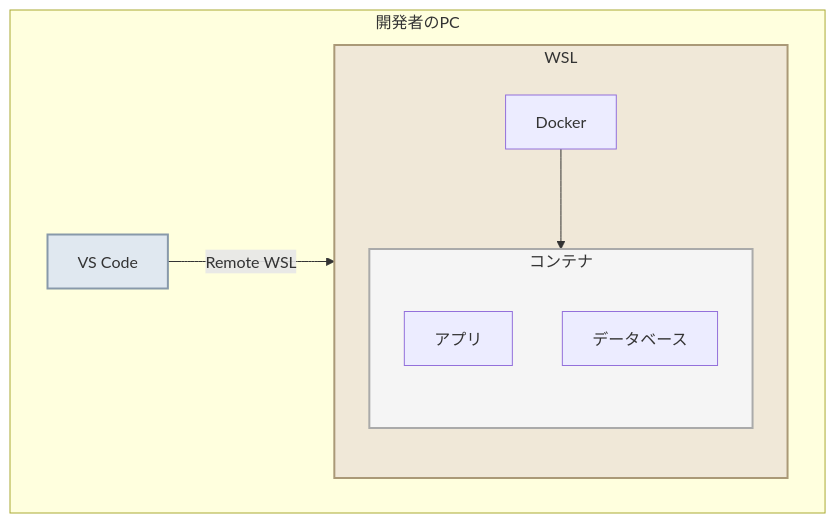
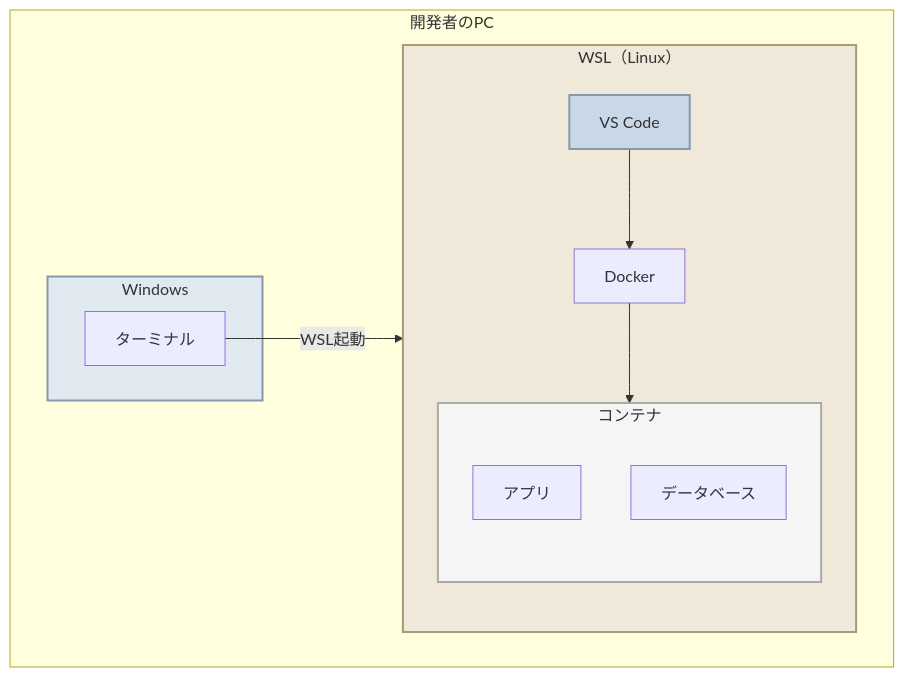
The fourth of 8 diagrams in docs/wsl-overview.md (nohara-kengo/vscode-extensions-setup), drawn with Mermaid before and after one commit. The commit also changed other lines of this file, not shown here.

````diff
--- a/docs/wsl-overview.md
+++ b/docs/wsl-overview.md
@@ -109,19 +112,24 @@
 ```mermaid
 flowchart TB
   subgraph DEV["開発者のPC"]
-    VSCode["VS Code"]
-    subgraph WSL["WSL"]
+    subgraph WIN["Windows"]
+      WTerm["ターミナル"]
+    end
+    subgraph WSL["WSL（Linux）"]
+      VSCode["VS Code"]
       Docker["Docker"]
       subgraph CONT["コンテナ"]
         App["アプリ"]
         DB["データベース"]
       end
+      VSCode --> Docker
       Docker --> CONT
     end
-    VSCode -- Remote WSL --> WSL
+    WTerm -- WSL起動 --> WSL
   end
 
+  style WIN fill:#e0e8f0,stroke:#8899aa,stroke-width:2px
   style WSL fill:#f0e8d8,stroke:#aa9977,stroke-width:2px
   style CONT fill:#f5f5f5,stroke:#aaa,stroke-width:2px
-  style VSCode fill:#e0e8f0,stroke:#8899aa,stroke-width:2px
+  style VSCode fill:#c8d8e8,stroke:#8899aa,stroke-width:2px
 ```
````
